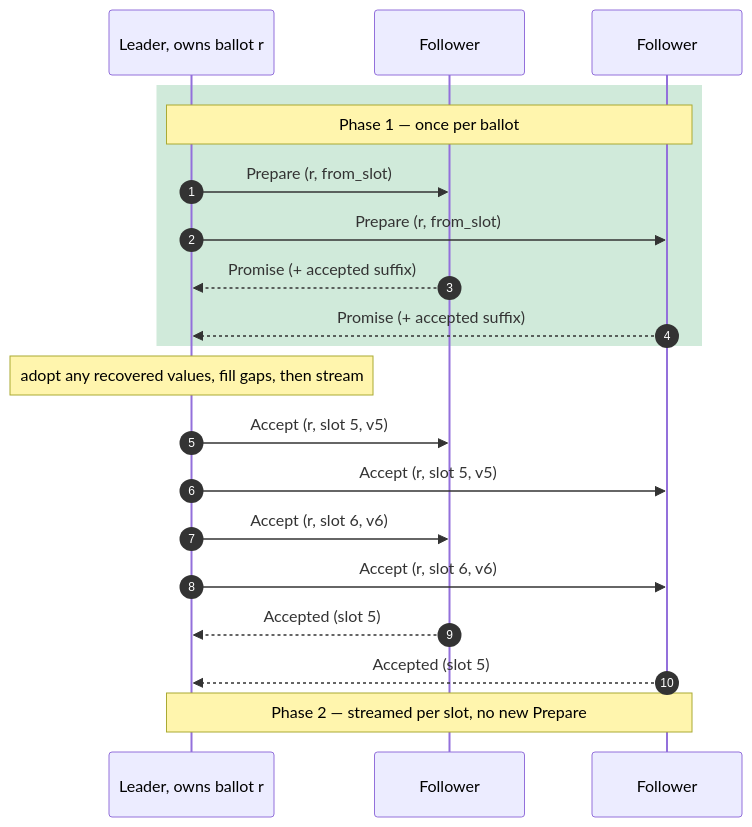
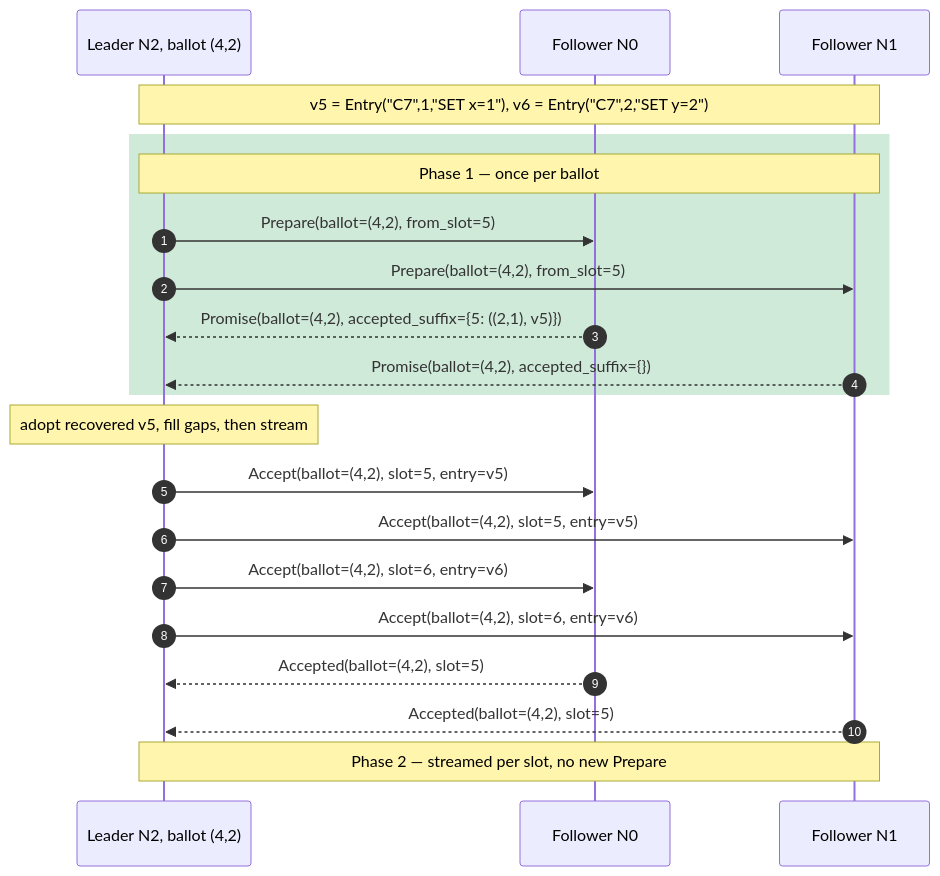
The diagram in book/src/multi-paxos.md (PierreZ/paros), drawn with Mermaid before and after one commit. The commit also changed 5 other files, not shown here.

````diff
--- a/book/src/multi-paxos.md
+++ b/book/src/multi-paxos.md
@@ -30,22 +30,23 @@
 ```mermaid
 sequenceDiagram
   autonumber
-  participant L as Leader, owns ballot r
-  participant F1 as Follower
-  participant F2 as Follower
+  participant L as Leader N2, ballot (4,2)
+  participant F1 as Follower N0
+  participant F2 as Follower N1
+  note over L,F2: v5 = Entry("C7",1,"SET x=1"), v6 = Entry("C7",2,"SET y=2")
   rect rgba(70, 170, 110, 0.25)
     note over L,F2: Phase 1 — once per ballot
-    L->>F1: Prepare (r, from_slot)
-    L->>F2: Prepare (r, from_slot)
-    F1-->>L: Promise (+ accepted suffix)
-    F2-->>L: Promise (+ accepted suffix)
+    L->>F1: Prepare(ballot=(4,2), from_slot=5)
+    L->>F2: Prepare(ballot=(4,2), from_slot=5)
+    F1-->>L: Promise(ballot=(4,2), accepted_suffix={5: ((2,1), v5)})
+    F2-->>L: Promise(ballot=(4,2), accepted_suffix={})
   end
-  note over L: adopt any recovered values, fill gaps, then stream
-  L->>F1: Accept (r, slot 5, v5)
-  L->>F2: Accept (r, slot 5, v5)
-  L->>F1: Accept (r, slot 6, v6)
-  L->>F2: Accept (r, slot 6, v6)
-  F1-->>L: Accepted (slot 5)
-  F2-->>L: Accepted (slot 5)
+  note over L: adopt recovered v5, fill gaps, then stream
+  L->>F1: Accept(ballot=(4,2), slot=5, entry=v5)
+  L->>F2: Accept(ballot=(4,2), slot=5, entry=v5)
+  L->>F1: Accept(ballot=(4,2), slot=6, entry=v6)
+  L->>F2: Accept(ballot=(4,2), slot=6, entry=v6)
+  F1-->>L: Accepted(ballot=(4,2), slot=5)
+  F2-->>L: Accepted(ballot=(4,2), slot=5)
   note over L,F2: Phase 2 — streamed per slot, no new Prepare
 ```
````
